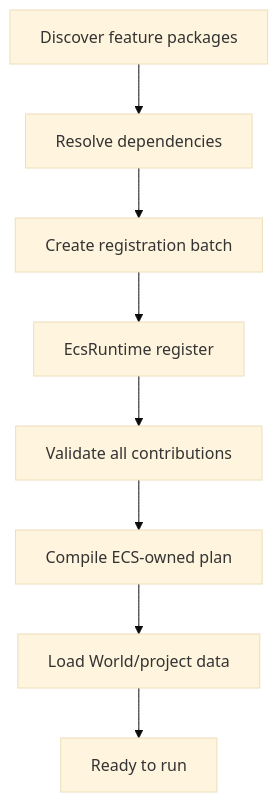
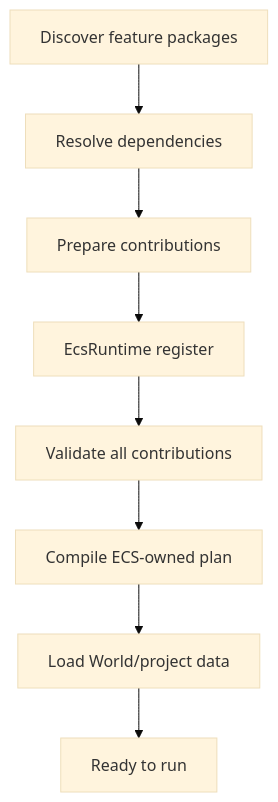
Before and after one commit to danphong23/ifol-animation: the second of 2 diagrams in crates/ifol-ecs/docs/09_feature_registration_and_extension.md, drawn with Mermaid (base theme). The commit also changed other lines of this file and 10 other files, not shown here.

```diff
--- a/crates/ifol-ecs/docs/09_feature_registration_and_extension.md
+++ b/crates/ifol-ecs/docs/09_feature_registration_and_extension.md
@@ -22,10 +22,10 @@
 ~~~mermaid
 flowchart TD
     Discover["Discover feature packages"] --> Resolve["Resolve dependencies"]
-    Resolve --> Batch["Create registration batch"]
-    Batch --> ECSReg["EcsRuntime register"]
+    Resolve --> Contributions["Prepare contributions"]
+    Contributions --> ECSReg["EcsRuntime register"]
     ECSReg --> Validate["Validate all contributions"]
     Validate --> Compile["Compile ECS-owned plan"]
     Compile --> Load["Load World/project data"]
     Load --> Ready["Ready to run"]
 ~~~
```
